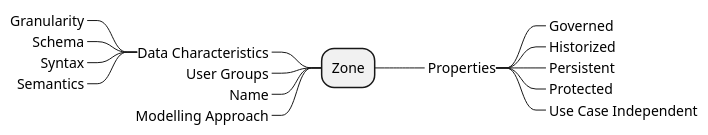
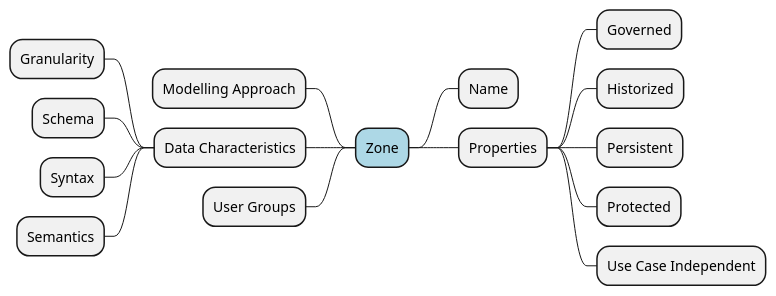
Before and after one commit to jeffersonroth/jjrf-data-reliability-book: the first of 2 diagrams in src/concepts/data_lake.md, drawn with PlantUML. The commit also changed other lines of this file and 1 other file, not shown here.

Commit message:
[7] data lake contents plantuml mindmap background color

````diff
--- a/src/concepts/data_lake.md
+++ b/src/concepts/data_lake.md
@@ -137,19 +137,19 @@
 ```plantuml
 @startmindmap
-+ Zone
-++_ Properties
-+++_ Governed
-+++_ Historized
-+++_ Persistent
-+++_ Protected
-+++_ Use Case Independent
---_ Data Characteristics
----_ Granularity
----_ Schema
----_ Syntax
----_ Semantics
---_ User Groups
---_ Name
---_ Modelling Approach
++[#lightblue] Zone
+++ Name
+-- Modelling Approach
+++ Properties
++++ Governed
++++ Historized
++++ Persistent
++++ Protected
++++ Use Case Independent
+-- Data Characteristics
+--- Granularity
+--- Schema
+--- Syntax
+--- Semantics
+-- User Groups
 @endmindmap
 ```
````
